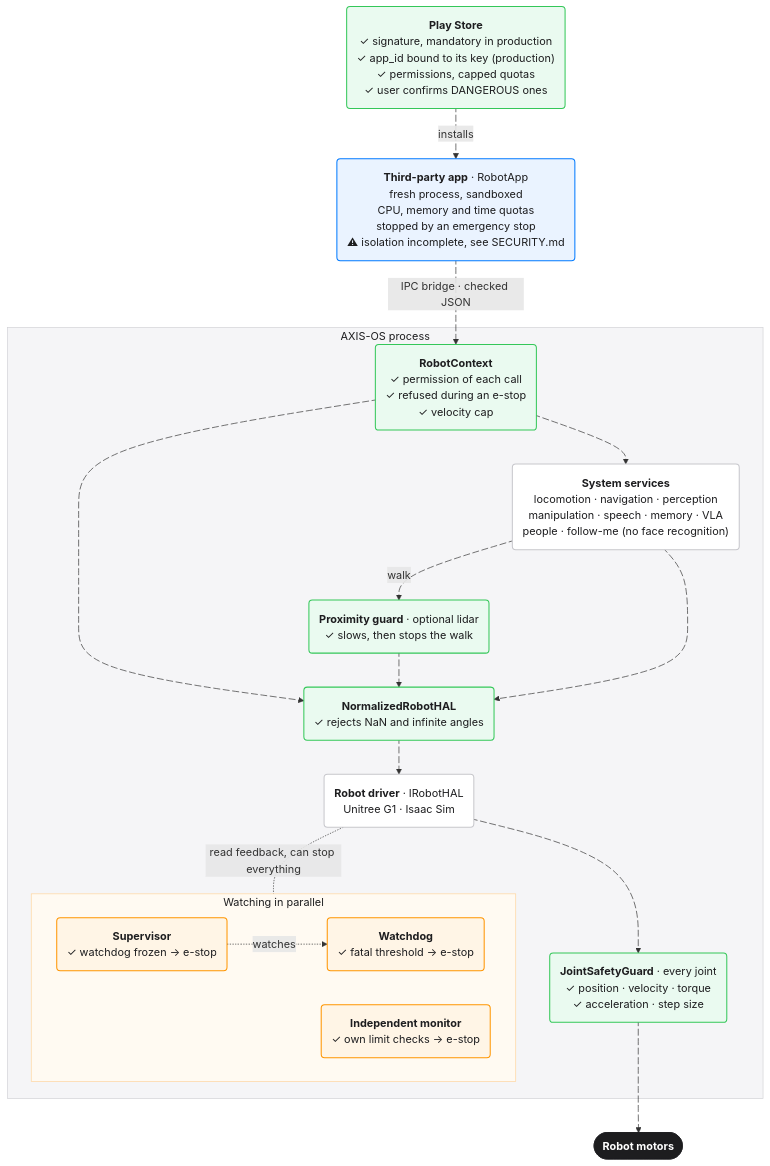
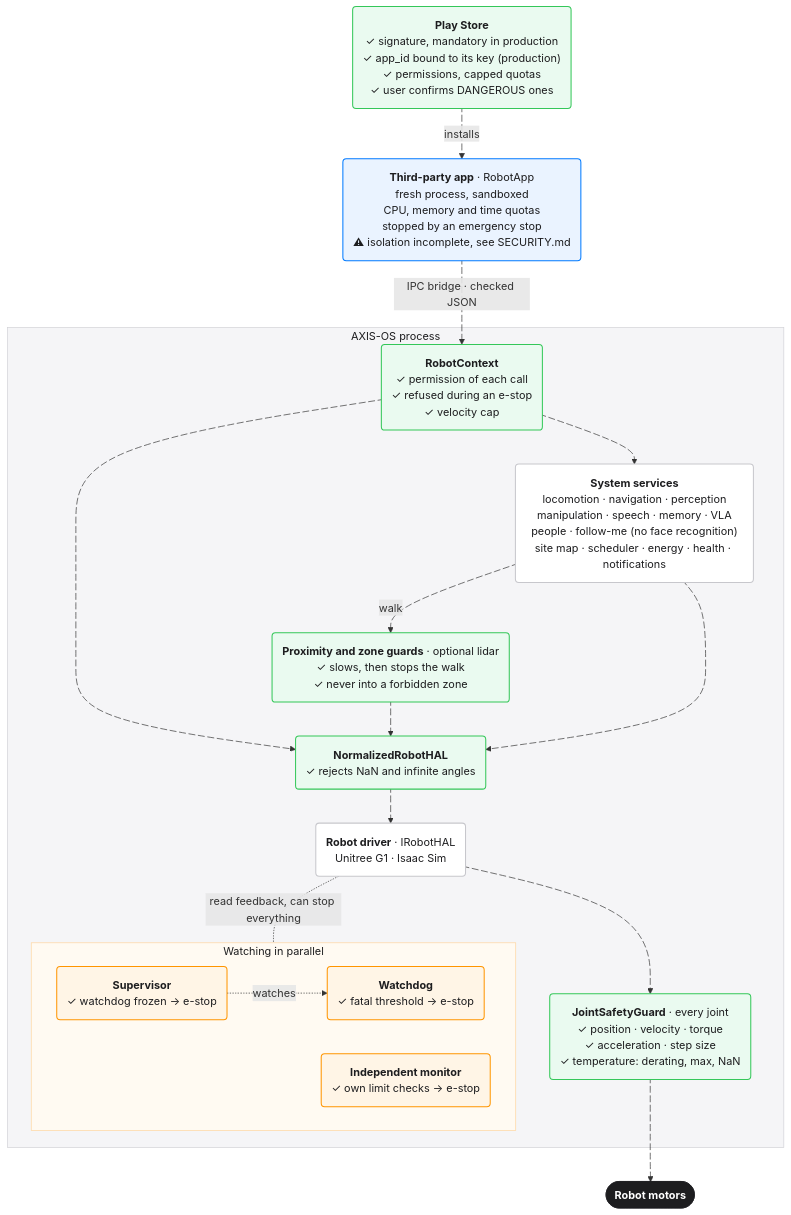
The diagram in README.md (OS-AXIS/AXIS-OS), drawn with Mermaid before and after one commit. The commit also changed other lines of this file and 11 other files, not shown here.

````diff
--- a/README.md
+++ b/README.md
@@ -50,66 +50,66 @@
 ```mermaid
 ---
 config:
   layout: dagre
   fontFamily: "-apple-system, BlinkMacSystemFont, 'SF Pro Text', 'Helvetica Neue', Helvetica, Arial, sans-serif"
   flowchart:
     wrappingWidth: 320
   themeCSS: ".node rect, .cluster rect { rx: 14px; ry: 14px; } .edgeLabel foreignObject { overflow: visible; } .labelBkg { background: none; } .labelBkg .edgeLabel { display: inline-block; padding: 0 8px; border-radius: 999px; background: #ffffff; border: 1px solid #d2d2d7; color: #3a3a3c; } .labelBkg .edgeLabel p { background: none; margin: 0; } .labelBkg .edgeLabel:empty { display: none; } .flowchart-link { stroke: #8e8e93; stroke-width: 1.3px; } .marker { fill: #8e8e93; stroke: #8e8e93; } .edge-animation-fast { stroke: #007aff; stroke-dasharray: 0 20 !important; stroke-width: 5px; } @media (prefers-reduced-motion: reduce) { .edge-animation-fast { animation: none; } }"
 ---
 flowchart TB
     PS("<b>Play Store</b><br/>✓ signature, mandatory in production<br/>✓ app_id bound to its key (production)<br/>✓ permissions, capped quotas<br/>✓ user confirms DANGEROUS ones")
 
     A("<b>Third-party app</b> · RobotApp<br/>fresh process, sandboxed<br/>CPU, memory and time quotas<br/>stopped by an emergency stop<br/>⚠ isolation incomplete, see SECURITY.md")
 
     subgraph OS["AXIS-OS process"]
         CTX("<b>RobotContext</b><br/>✓ permission of each call<br/>✓ refused during an e-stop<br/>✓ velocity cap")
-        SV("<b>System services</b><br/>locomotion · navigation · perception<br/>manipulation · speech · memory · VLA<br/>people · follow-me (no face recognition)")
-        G("<b>Proximity guard</b> · optional lidar<br/>✓ slows, then stops the walk")
+        SV("<b>System services</b><br/>locomotion · navigation · perception<br/>manipulation · speech · memory · VLA<br/>people · follow-me (no face recognition)<br/>site map · scheduler · energy · health · notifications")
+        G("<b>Proximity and zone guards</b> · optional lidar<br/>✓ slows, then stops the walk<br/>✓ never into a forbidden zone")
         N("<b>NormalizedRobotHAL</b><br/>✓ rejects NaN and infinite angles")
         D("<b>Robot driver</b> · IRobotHAL<br/>Unitree G1 · Isaac Sim")
-        J("<b>JointSafetyGuard</b> · every joint<br/>✓ position · velocity · torque<br/>✓ acceleration · step size")
+        J("<b>JointSafetyGuard</b> · every joint<br/>✓ position · velocity · torque<br/>✓ acceleration · step size<br/>✓ temperature: derating, max, NaN")
         subgraph MON["Watching in parallel"]
             W("<b>Watchdog</b><br/>✓ fatal threshold → e-stop")
             SU("<b>Supervisor</b><br/>✓ watchdog frozen → e-stop")
             IM("<b>Independent monitor</b><br/>✓ own limit checks → e-stop")
         end
     end
 
     R(["<b>Robot motors</b>"])
 
     PS e1@-->|installs| A
     A e2@-->|"IPC bridge · checked JSON"| CTX
     CTX e3@--> SV
     CTX e4@--> N
     SV e5@-->|walk| G
     G e6@--> N
     SV e7@--> N
     N e8@--> D
     D e9@--> J
     J e10@--> R
     SU -.->|watches| W
     D -.-|"read feedback, can stop everything"| MON
 
     e1@{ animate: true }
     e2@{ animate: true }
     e3@{ animate: true }
     e4@{ animate: true }
     e5@{ animate: true }
     e6@{ animate: true }
     e7@{ animate: true }
     e8@{ animate: true }
     e9@{ animate: true }
     e10@{ animate: true }
     classDef app fill:#eaf3ff,stroke:#007aff,stroke-width:1.5px,color:#1d1d1f
     classDef check fill:#eafaf0,stroke:#34c759,stroke-width:1.5px,color:#1d1d1f
     classDef watch fill:#fff5e6,stroke:#ff9500,stroke-width:1.5px,color:#1d1d1f
     classDef plain fill:#ffffff,stroke:#c7c7cc,stroke-width:1.5px,color:#1d1d1f
     classDef motor fill:#1d1d1f,stroke:#1d1d1f,color:#ffffff
     class A app
     class PS,CTX,G,N,J check
     class W,SU,IM watch
     class SV,D plain
     class R motor
     style OS fill:#f5f5f7,stroke:#d2d2d7,color:#1d1d1f
     style MON fill:#fffaf2,stroke:#ffd59e,color:#1d1d1f
 ```
````
